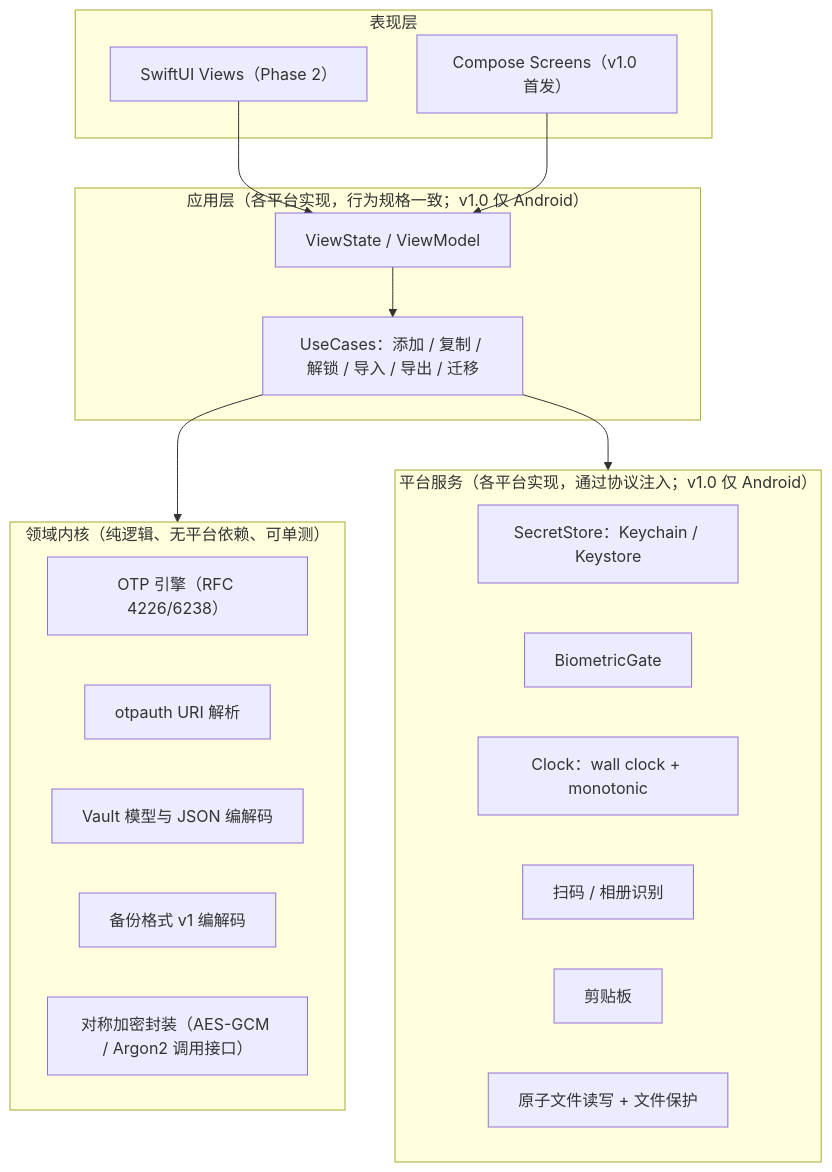
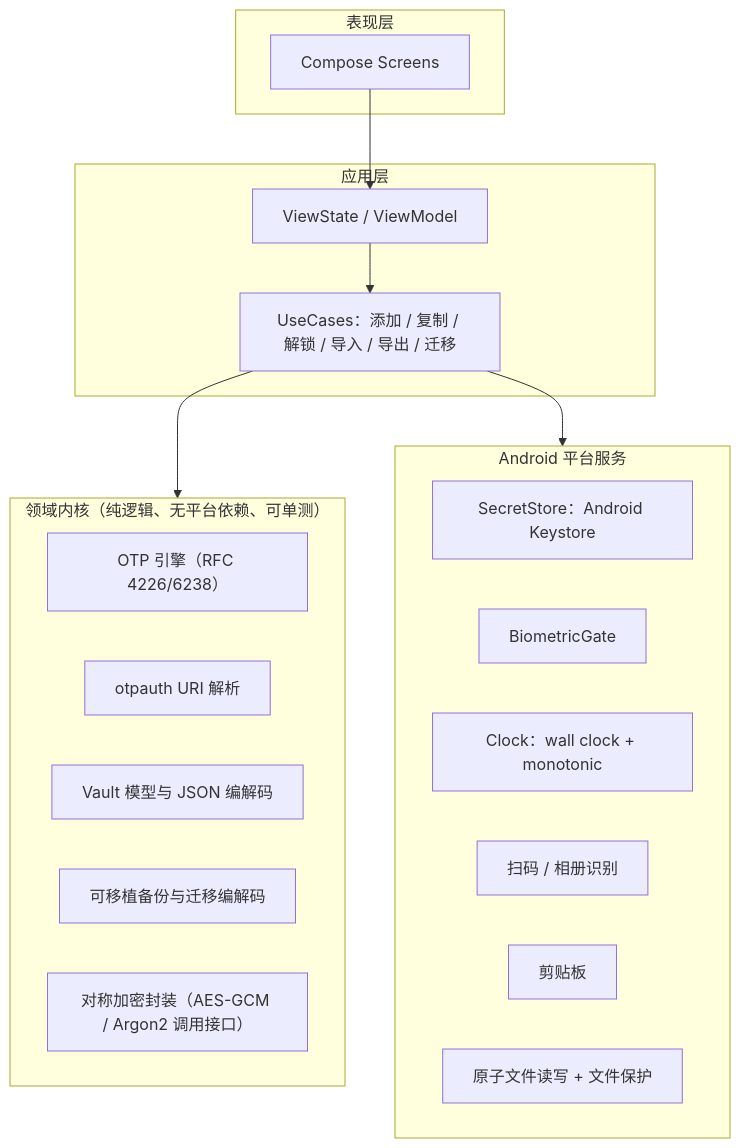
The first of 4 diagrams in docs/design/2FA验证器-技术设计文档.md (rhczz/ink-otp), drawn with Mermaid before and after one commit. The commit also changed other lines of this file and 190 other files, not shown here.

Commit message:
chore: focus InkOTP on Android and integrate transfer flows

````diff
--- a/docs/design/2FA验证器-技术设计文档.md
+++ b/docs/design/2FA验证器-技术设计文档.md
@@ -214,31 +213,29 @@
 ```mermaid
 flowchart TB
   subgraph UI["表现层"]
-    IOSUI["SwiftUI Views（Phase 2）"]
-    ANDUI["Compose Screens（v1.0 首发）"]
+    ANDUI["Compose Screens"]
   end
-  subgraph APP["应用层（各平台实现，行为规格一致；v1.0 仅 Android）"]
+  subgraph APP["应用层"]
     VM["ViewState / ViewModel"]
     UC["UseCases：添加 / 复制 / 解锁 / 导入 / 导出 / 迁移"]
   end
   subgraph CORE["领域内核（纯逻辑、无平台依赖、可单测）"]
     OTP["OTP 引擎（RFC 4226/6238）"]
     URIP["otpauth URI 解析"]
     MODEL["Vault 模型与 JSON 编解码"]
-    BAK["备份格式 v1 编解码"]
+    BAK["可移植备份与迁移编解码"]
     CRY["对称加密封装（AES-GCM / Argon2 调用接口）"]
   end
-  subgraph PLAT["平台服务（各平台实现，通过协议注入；v1.0 仅 Android）"]
-    SS["SecretStore：Keychain / Keystore"]
+  subgraph PLAT["Android 平台服务"]
+    SS["SecretStore：Android Keystore"]
     BIO["BiometricGate"]
     CLK["Clock：wall clock + monotonic"]
     QR["扫码 / 相册识别"]
     CLIP["剪贴板"]
     FIO["原子文件读写 + 文件保护"]
   end
-  IOSUI --> VM
   ANDUI --> VM
   VM --> UC
   UC --> CORE
   UC --> PLAT
 ```
````
